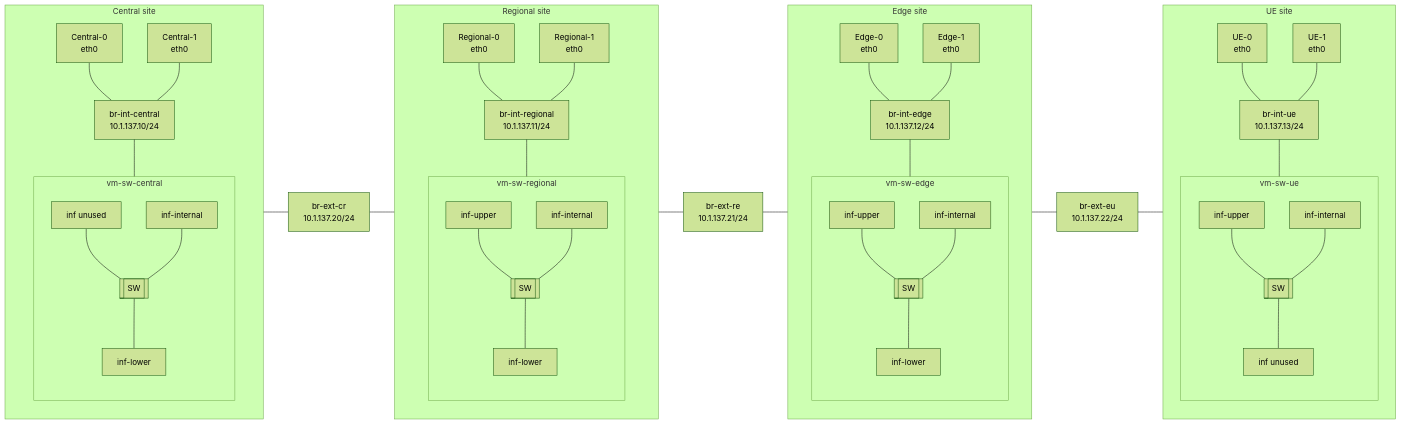
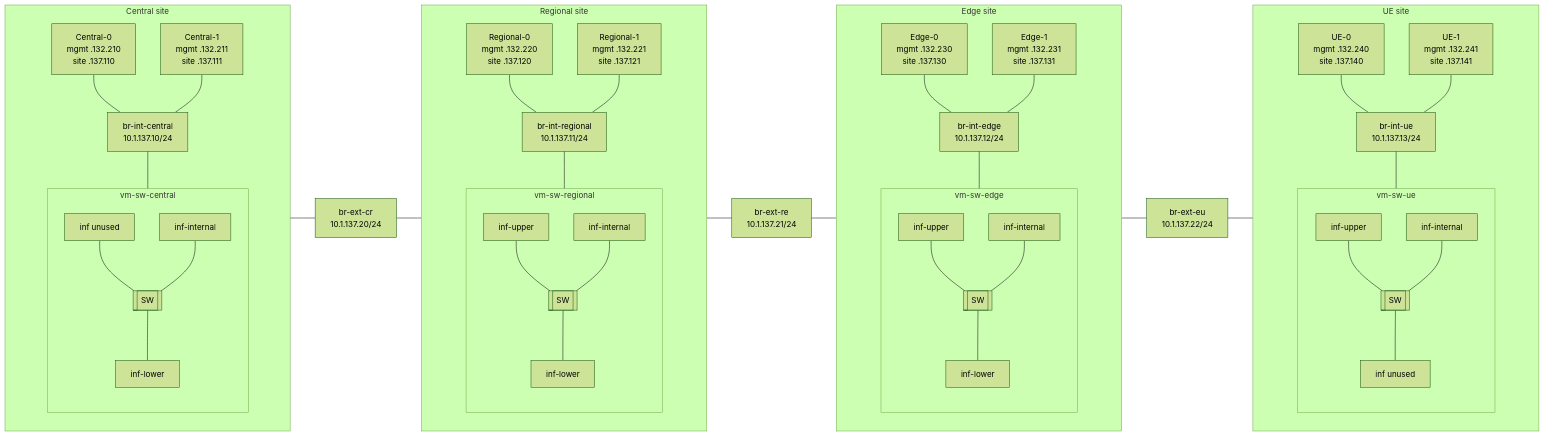
One commit to FCCLab/INA-Infra changed the diagram in testbed/readme.md. Above: the diagram before and after it, drawn with Mermaid (forest theme). The commit also changed other lines of this file and 18 other files, not shown here.

````diff
--- a/testbed/readme.md
+++ b/testbed/readme.md
@@ -47,72 +10,72 @@
 ```mermaid
 flowchart LR
   subgraph central["Central site"]
     direction TB
-    C0["Central-0<br/>eth0"] & C1["Central-1<br/>eth0"]
+    C0["Central-0<br/>mgmt .132.210<br/>site .137.110"] & C1["Central-1<br/>mgmt .132.211<br/>site .137.111"]
     BC["br-int-central<br/>10.1.137.10/24"]
     subgraph SWC["vm-sw-central"]
       direction TB
       C_IN["inf-internal"]
       C_UP["inf unused"] --- CSW[["SW"]] --- C_LO["inf-lower"]
       C_IN --- CSW
     end
     C0 --- BC
     C1 --- BC
     BC --- C_IN
   end
 
   BCR["br-ext-cr<br/>10.1.137.20/24"]
 
   subgraph regional["Regional site"]
     direction TB
-    R0["Regional-0<br/>eth0"] & R1["Regional-1<br/>eth0"]
+    R0["Regional-0<br/>mgmt .132.220<br/>site .137.120"] & R1["Regional-1<br/>mgmt .132.221<br/>site .137.121"]
     BR["br-int-regional<br/>10.1.137.11/24"]
     subgraph SWR["vm-sw-regional"]
       direction TB
       R_IN["inf-internal"]
       R_UP["inf-upper"] --- RSW[["SW"]] --- R_LO["inf-lower"]
       R_IN --- RSW
     end
     R0 --- BR
     R1 --- BR
     BR --- R_IN
   end
 
   BRE["br-ext-re<br/>10.1.137.21/24"]
 
   subgraph edge["Edge site"]
     direction TB
-    E0["Edge-0<br/>eth0"] & E1["Edge-1<br/>eth0"]
+    E0["Edge-0<br/>mgmt .132.230<br/>site .137.130"] & E1["Edge-1<br/>mgmt .132.231<br/>site .137.131"]
     BE["br-int-edge<br/>10.1.137.12/24"]
     subgraph SWE["vm-sw-edge"]
       direction TB
       E_IN["inf-internal"]
       E_UP["inf-upper"] --- ESW[["SW"]] --- E_LO["inf-lower"]
       E_IN --- ESW
     end
     E0 --- BE
     E1 --- BE
     BE --- E_IN
   end
 
   BEU["br-ext-eu<br/>10.1.137.22/24"]
 
   subgraph ue["UE site"]
     direction TB
-    U0["UE-0<br/>eth0"] & U1["UE-1<br/>eth0"]
+    U0["UE-0<br/>mgmt .132.240<br/>site .137.140"] & U1["UE-1<br/>mgmt .132.241<br/>site .137.141"]
     BU["br-int-ue<br/>10.1.137.13/24"]
     subgraph SWU["vm-sw-ue"]
       direction TB
       U_IN["inf-internal"]
       U_UP["inf-upper"] --- USW[["SW"]] --- U_LO["inf unused"]
       U_IN --- USW
     end
     U0 --- BU
     U1 --- BU
     BU --- U_IN
   end
 
   C_LO --- BCR --- R_UP
   R_LO --- BRE --- E_UP
   E_LO --- BEU --- U_UP
 ```
````
